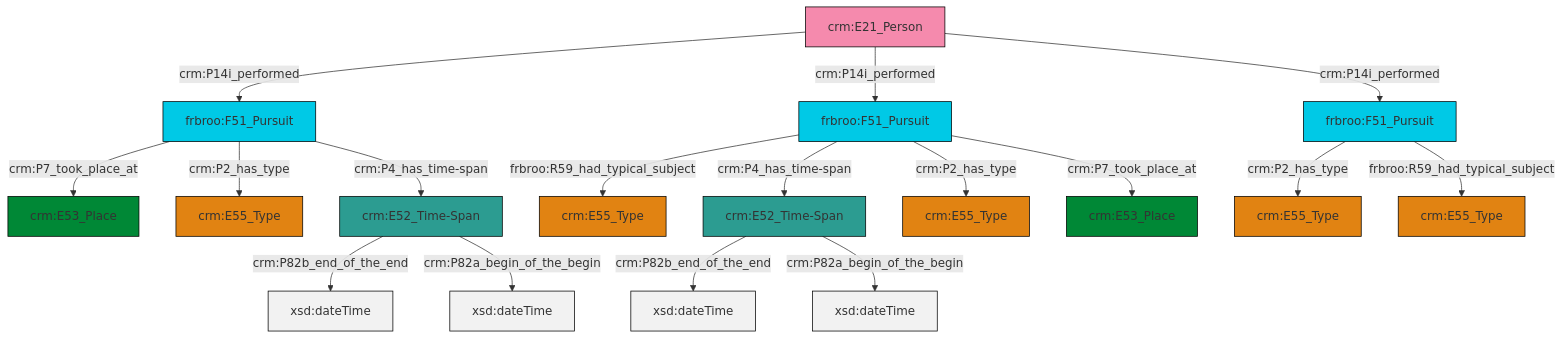
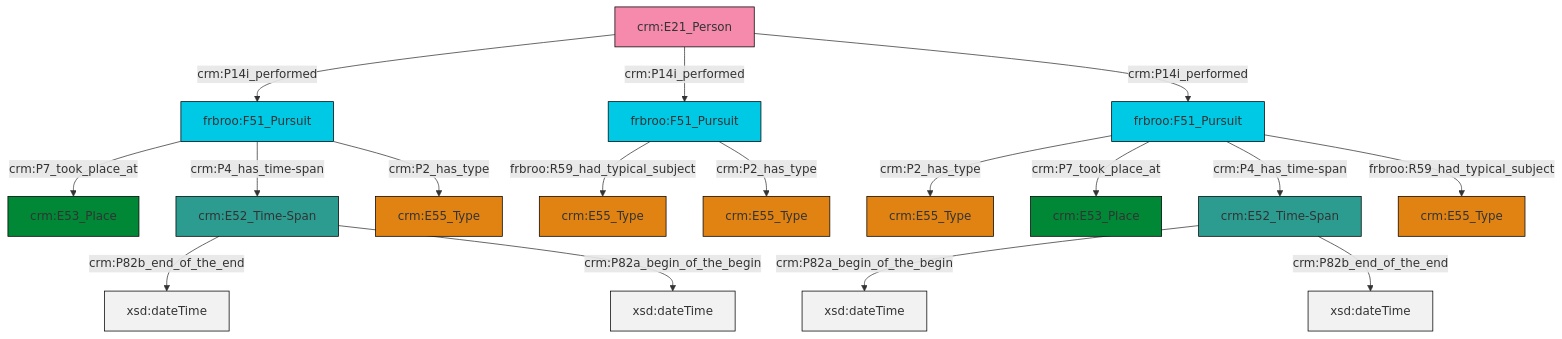
Before and after one commit to swiss-art-research-net/reference-data-models: the diagram in et/personCSV/ttl/mmd/Person_Event.ttl.mmd, drawn with Mermaid. The commit also changed 131 other files, not shown here.

```diff
--- a/et/personCSV/ttl/mmd/Person_Event.ttl.mmd
+++ b/et/personCSV/ttl/mmd/Person_Event.ttl.mmd
@@ -1,31 +1,31 @@
 graph TD
 classDef Literal fill:#f2f2f2,stroke:#000000;
 classDef CRM_Entity fill:#FFFFFF,stroke:#000000;
 classDef Temporal_Entity fill:#00C9E6, stroke:#000000;
 classDef Type fill:#E18312, stroke:#000000;
 classDef Time-Span fill:#2C9C91, stroke:#000000;
 classDef Appellation fill:#FFEB7F, stroke:#000000;
 classDef Place fill:#008836, stroke:#000000;
 classDef Persistent_Item fill:#B266B2, stroke:#000000;
 classDef Conceptual_Object fill:#FFD700, stroke:#000000;
 classDef Physical_Thing fill:#D2B48C, stroke:#000000;
 classDef Actor fill:#f58aad, stroke:#000000;
 classDef PC_Classes fill:#4ce600, stroke:#000000;
 classDef Multi fill:#cccccc,stroke:#000000;
 
-0["crm:E52_Time-Span"]:::Time-Span -->|crm:P82b_end_of_the_end| 1[xsd:dateTime]:::Literal
-2["frbroo:F51_Pursuit"]:::Temporal_Entity -->|crm:P7_took_place_at| 3["crm:E53_Place"]:::Place
-6["crm:E52_Time-Span"]:::Time-Span -->|crm:P82b_end_of_the_end| 7[xsd:dateTime]:::Literal
-2["frbroo:F51_Pursuit"]:::Temporal_Entity -->|crm:P2_has_type| 4["crm:E55_Type"]:::Type
-8["crm:E21_Person"]:::Actor -->|crm:P14i_performed| 2["frbroo:F51_Pursuit"]:::Temporal_Entity
-15["frbroo:F51_Pursuit"]:::Temporal_Entity -->|frbroo:R59_had_typical_subject| 16["crm:E55_Type"]:::Type
-2["frbroo:F51_Pursuit"]:::Temporal_Entity -->|crm:P4_has_time-span| 6["crm:E52_Time-Span"]:::Time-Span
-15["frbroo:F51_Pursuit"]:::Temporal_Entity -->|crm:P4_has_time-span| 0["crm:E52_Time-Span"]:::Time-Span
-11["frbroo:F51_Pursuit"]:::Temporal_Entity -->|crm:P2_has_type| 13["crm:E55_Type"]:::Type
-6["crm:E52_Time-Span"]:::Time-Span -->|crm:P82a_begin_of_the_begin| 23[xsd:dateTime]:::Literal
-8["crm:E21_Person"]:::Actor -->|crm:P14i_performed| 15["frbroo:F51_Pursuit"]:::Temporal_Entity
-8["crm:E21_Person"]:::Actor -->|crm:P14i_performed| 11["frbroo:F51_Pursuit"]:::Temporal_Entity
-15["frbroo:F51_Pursuit"]:::Temporal_Entity -->|crm:P2_has_type| 24["crm:E55_Type"]:::Type
-11["frbroo:F51_Pursuit"]:::Temporal_Entity -->|frbroo:R59_had_typical_subject| 21["crm:E55_Type"]:::Type
-0["crm:E52_Time-Span"]:::Time-Span -->|crm:P82a_begin_of_the_begin| 31[xsd:dateTime]:::Literal
-15["frbroo:F51_Pursuit"]:::Temporal_Entity -->|crm:P7_took_place_at| 9["crm:E53_Place"]:::Place
+0["frbroo:F51_Pursuit"]:::Temporal_Entity -->|crm:P7_took_place_at| 1["crm:E53_Place"]:::Place
+4["frbroo:F51_Pursuit"]:::Temporal_Entity -->|crm:P2_has_type| 5["crm:E55_Type"]:::Type
+10["crm:E52_Time-Span"]:::Time-Span -->|crm:P82a_begin_of_the_begin| 11[xsd:dateTime]:::Literal
+0["frbroo:F51_Pursuit"]:::Temporal_Entity -->|crm:P4_has_time-span| 12["crm:E52_Time-Span"]:::Time-Span
+4["frbroo:F51_Pursuit"]:::Temporal_Entity -->|crm:P7_took_place_at| 14["crm:E53_Place"]:::Place
+17["crm:E21_Person"]:::Actor -->|crm:P14i_performed| 0["frbroo:F51_Pursuit"]:::Temporal_Entity
+12["crm:E52_Time-Span"]:::Time-Span -->|crm:P82b_end_of_the_end| 19[xsd:dateTime]:::Literal
+4["frbroo:F51_Pursuit"]:::Temporal_Entity -->|crm:P4_has_time-span| 10["crm:E52_Time-Span"]:::Time-Span
+17["crm:E21_Person"]:::Actor -->|crm:P14i_performed| 20["frbroo:F51_Pursuit"]:::Temporal_Entity
+20["frbroo:F51_Pursuit"]:::Temporal_Entity -->|frbroo:R59_had_typical_subject| 2["crm:E55_Type"]:::Type
+12["crm:E52_Time-Span"]:::Time-Span -->|crm:P82a_begin_of_the_begin| 25[xsd:dateTime]:::Literal
+20["frbroo:F51_Pursuit"]:::Temporal_Entity -->|crm:P2_has_type| 23["crm:E55_Type"]:::Type
+10["crm:E52_Time-Span"]:::Time-Span -->|crm:P82b_end_of_the_end| 27[xsd:dateTime]:::Literal
+0["frbroo:F51_Pursuit"]:::Temporal_Entity -->|crm:P2_has_type| 8["crm:E55_Type"]:::Type
+17["crm:E21_Person"]:::Actor -->|crm:P14i_performed| 4["frbroo:F51_Pursuit"]:::Temporal_Entity
+4["frbroo:F51_Pursuit"]:::Temporal_Entity -->|frbroo:R59_had_typical_subject| 6["crm:E55_Type"]:::Type
```
